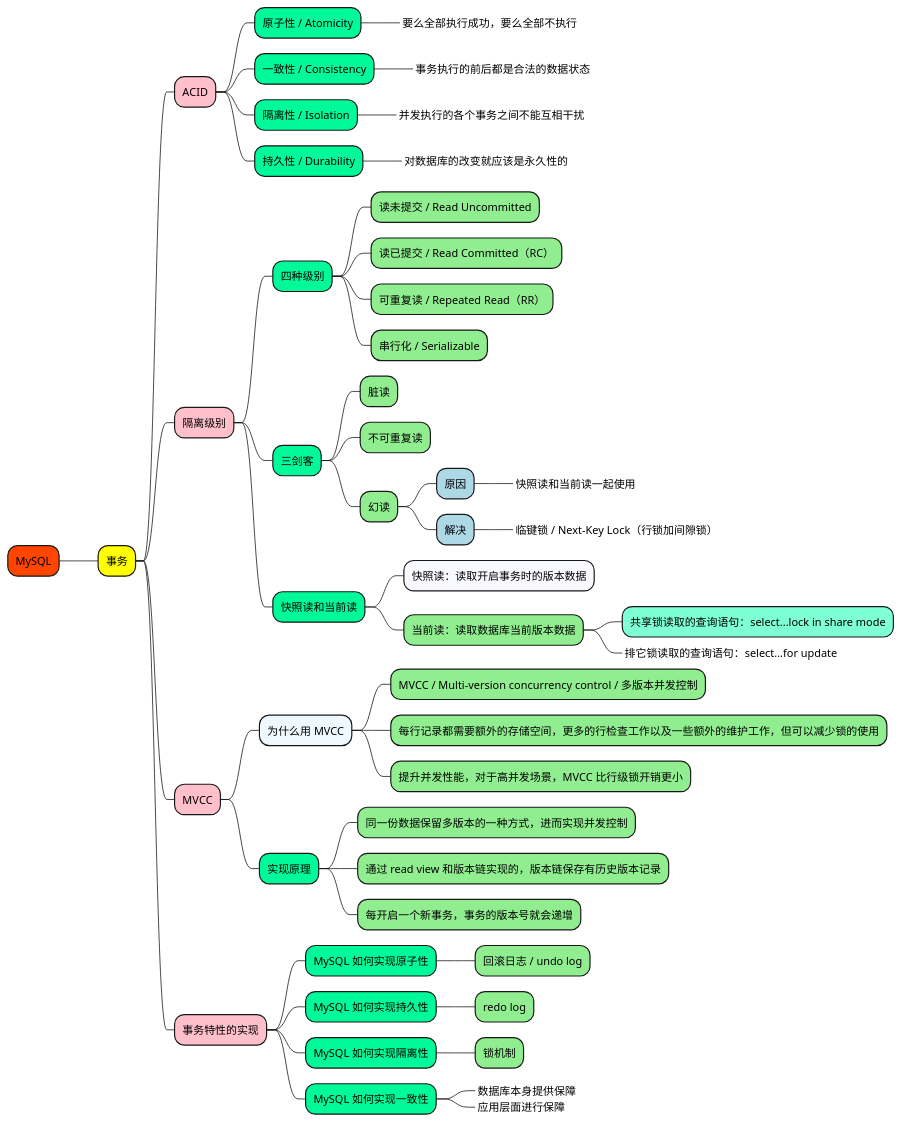
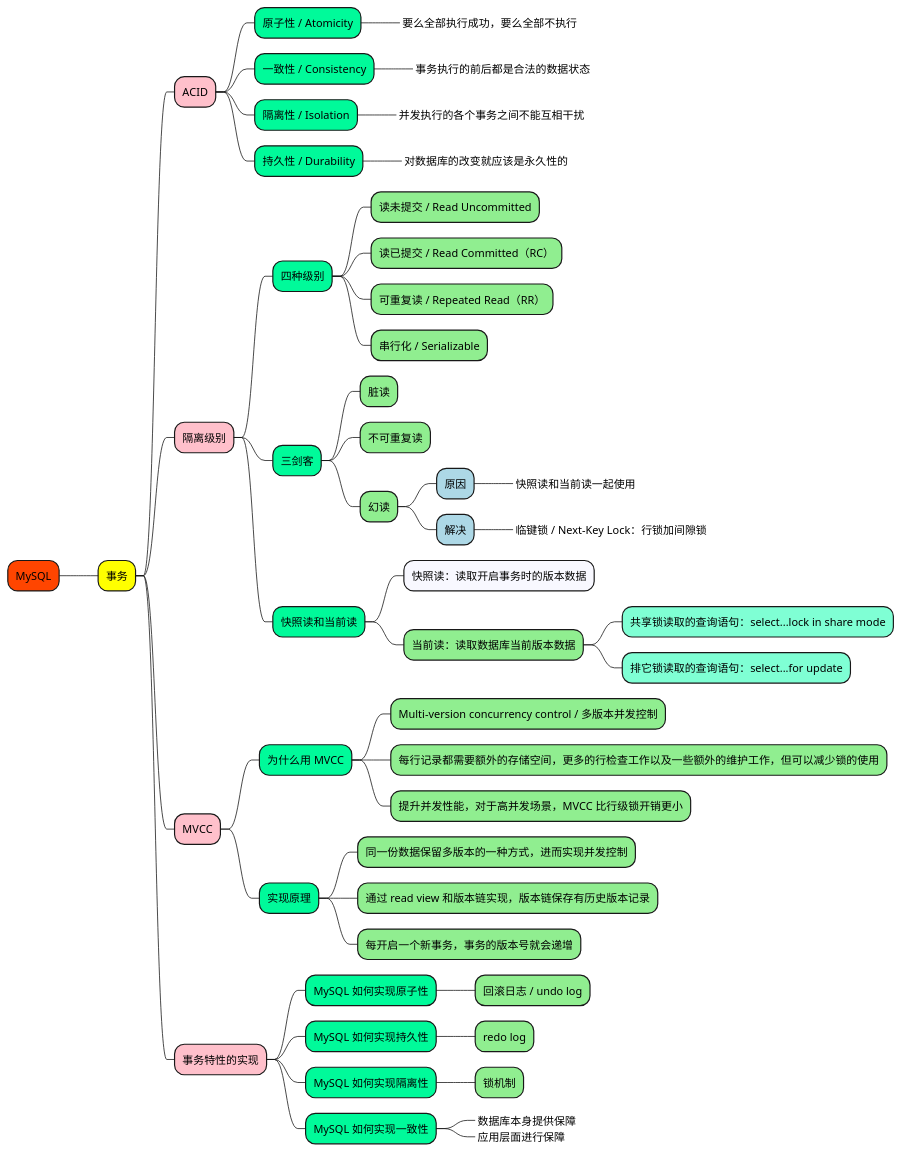
Before and after one commit to doveg/self-cultivation-of-a-software-engineer: the diagram in 1_map/database/MySQL-事务.puml, drawn with PlantUML. The commit also changed 16 other files, not shown here.

```diff
--- a/1_map/database/MySQL-事务.puml
+++ b/1_map/database/MySQL-事务.puml
@@ -1,71 +1,71 @@
 @startmindmap
 
 +[#OrangeRed] MySQL
 
 ++[#yellow] 事务
 
 +++[#Pink] ACID
 
 ++++[#MediumSpringGreen] 原子性 / Atomicity
 +++++[#LightGreen]_ 要么全部执行成功，要么全部不执行
 ++++[#MediumSpringGreen] 一致性 / Consistency
 +++++[#LightGreen]_ 事务执行的前后都是合法的数据状态
 ++++[#MediumSpringGreen] 隔离性 / Isolation
 +++++[#LightGreen]_ 并发执行的各个事务之间不能互相干扰
 ++++[#MediumSpringGreen] 持久性 / Durability
 +++++[#LightGreen]_ 对数据库的改变就应该是永久性的
 
 
 +++[#Pink] 隔离级别
 
 ++++[#MediumSpringGreen] 四种级别
 +++++[#LightGreen] 读未提交 / Read Uncommitted
 +++++[#LightGreen] 读已提交 / Read Committed（RC）
 +++++[#LightGreen] 可重复读 / Repeated Read（RR）
 +++++[#LightGreen] 串行化 / Serializable
 
 ++++[#MediumSpringGreen] 三剑客
 +++++[#LightGreen] 脏读
 +++++[#LightGreen] 不可重复读
 +++++[#LightGreen] 幻读
 
 ++++++[#LightBlue] 原因
 +++++++[#Aquamarine]_ 快照读和当前读一起使用
 
 ++++++[#LightBlue] 解决
-+++++++[#Aquamarine]_ 临键锁 / Next-Key Lock（行锁加间隙锁）
++++++++[#Aquamarine]_ 临键锁 / Next-Key Lock：行锁加间隙锁
 
 ++++[#MediumSpringGreen] 快照读和当前读
 +++++[#GhostWhite] 快照读：读取开启事务时的版本数据
 +++++[#LightGreen] 当前读：读取数据库当前版本数据
 ++++++[#Aquamarine] 共享锁读取的查询语句：select...lock in share mode
-++++++[#Aquamarine]_ 排它锁读取的查询语句：select...for update
+++++++[#Aquamarine] 排它锁读取的查询语句：select...for update
 
 
 +++[#Pink] MVCC
 
-++++[#AliceBlue] 为什么用 MVCC
-+++++[#LightGreen] MVCC / Multi-version concurrency control / 多版本并发控制
+++++[#MediumSpringGreen] 为什么用 MVCC
++++++[#LightGreen] Multi-version concurrency control / 多版本并发控制
 +++++[#LightGreen] 每行记录都需要额外的存储空间，更多的行检查工作以及一些额外的维护工作，但可以减少锁的使用
 +++++[#LightGreen] 提升并发性能，对于高并发场景，MVCC 比行级锁开销更小
 
 ++++[#MediumSpringGreen] 实现原理
 +++++[#LightGreen] 同一份数据保留多版本的一种方式，进而实现并发控制
-+++++[#LightGreen] 通过 read view 和版本链实现的，版本链保存有历史版本记录
++++++[#LightGreen] 通过 read view 和版本链实现，版本链保存有历史版本记录
 +++++[#LightGreen] 每开启一个新事务，事务的版本号就会递增
 
 
 +++[#Pink] 事务特性的实现
 
 ++++[#MediumSpringGreen] MySQL 如何实现原子性
 +++++[#LightGreen] 回滚日志 / undo log
 ++++[#MediumSpringGreen] MySQL 如何实现持久性
 +++++[#LightGreen] redo log
 ++++[#MediumSpringGreen] MySQL 如何实现隔离性
 +++++[#LightGreen] 锁机制
 ++++[#MediumSpringGreen] MySQL 如何实现一致性
 +++++[#LightGreen]_ 数据库本身提供保障
 +++++[#LightGreen]_ 应用层面进行保障
 
 
 @endmindmap
```
